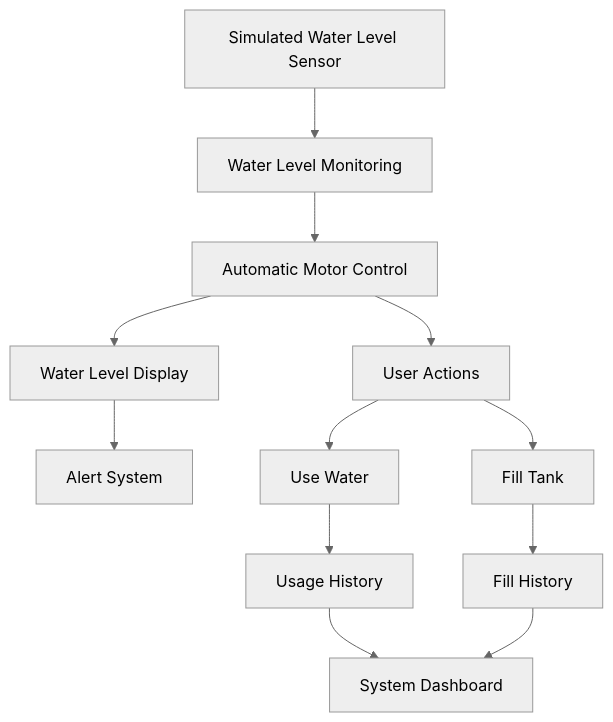
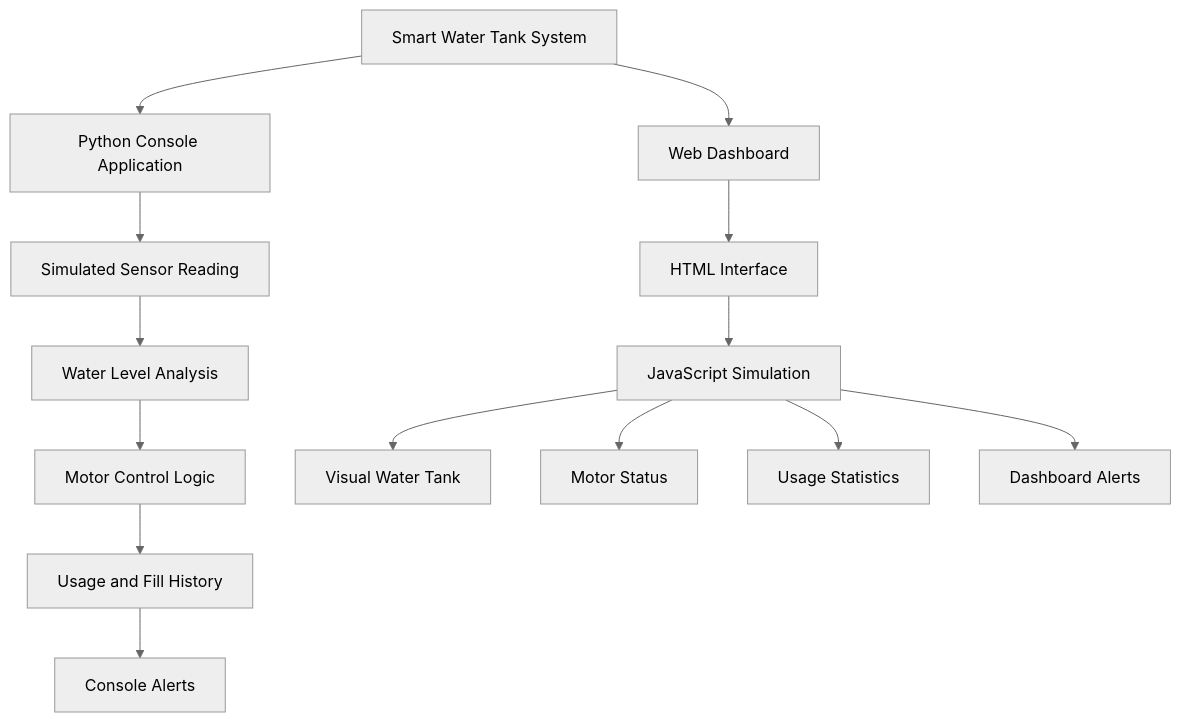
The diagram in README.md (rguganrajkumar-coder/Project-02-Smart-Water-Tank-System), drawn with Mermaid (neutral theme) before and after one commit. The commit also changed other lines of this file, not shown here.

````diff
--- a/README.md
+++ b/README.md
@@ -49,14 +52,20 @@
 ```mermaid
 flowchart TD
-    A[Simulated Water Level Sensor] --> B[Water Level Monitoring]
-    B --> C[Automatic Motor Control]
-    C --> D[Water Level Display]
-    D --> E[Alert System]
-    C --> F[User Actions]
-    F --> G[Use Water]
-    F --> H[Fill Tank]
-    G --> I[Usage History]
-    H --> J[Fill History]
-    I --> K[System Dashboard]
-    J --> K
+    A[Smart Water Tank System]
+
+    A --> B[Python Console Application]
+    A --> C[Web Dashboard]
+
+    B --> D[Simulated Sensor Reading]
+    D --> E[Water Level Analysis]
+    E --> F[Motor Control Logic]
+    F --> G[Usage and Fill History]
+    G --> H[Console Alerts]
+
+    C --> I[HTML Interface]
+    I --> J[JavaScript Simulation]
+    J --> K[Visual Water Tank]
+    J --> L[Motor Status]
+    J --> M[Usage Statistics]
+    J --> N[Dashboard Alerts]
 ```
````
